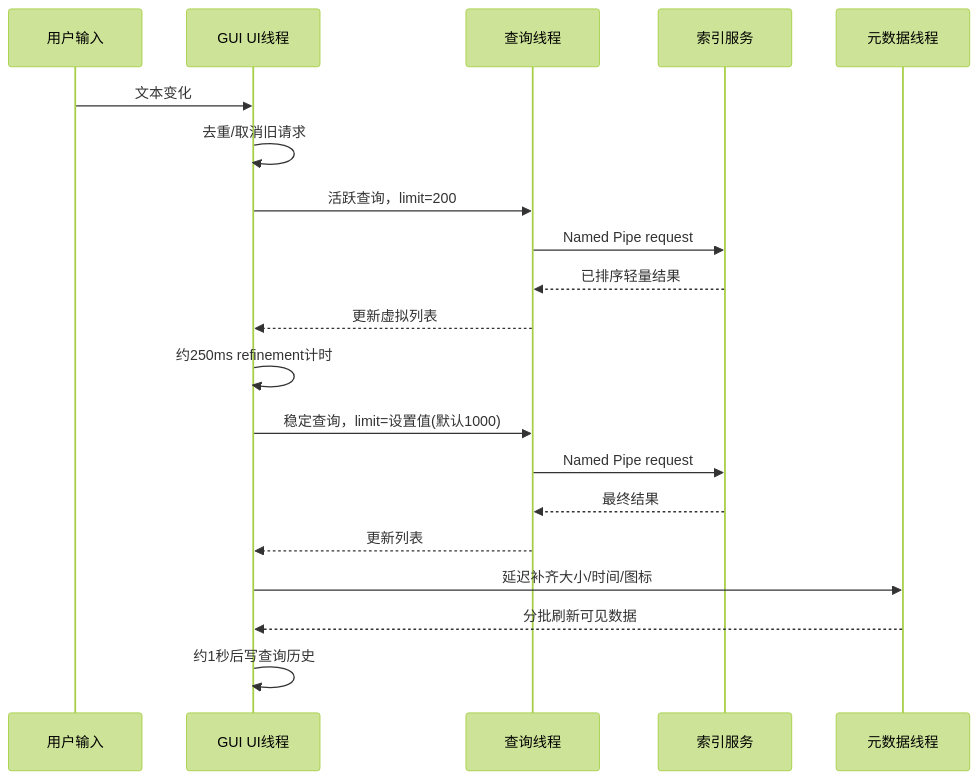
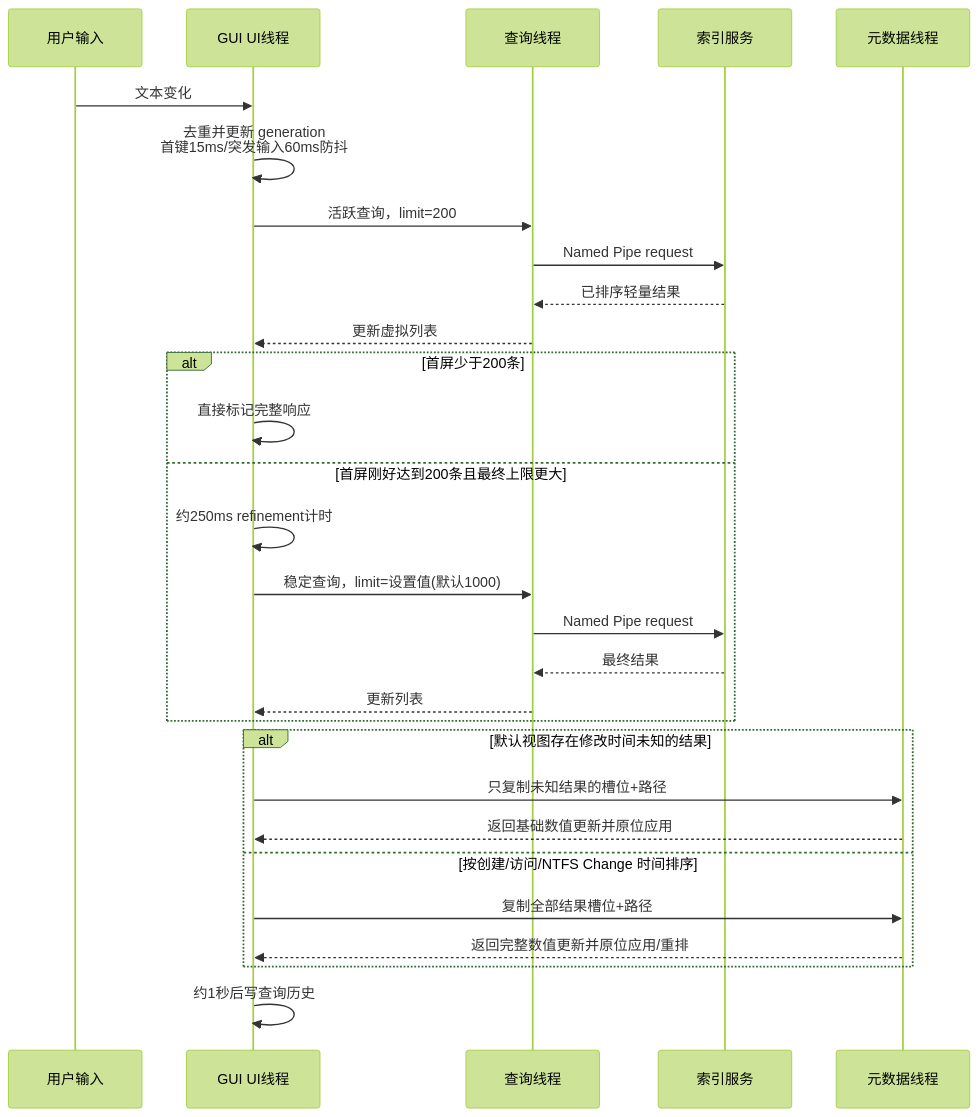
One commit to sunfengsheng/esm changed the fourth of 8 diagrams in docs/ARCHITECTURE.md. Above: the diagram before and after it, drawn with Mermaid (forest theme). The commit also changed other lines of this file and 39 other files, not shown here.

````diff
--- a/docs/ARCHITECTURE.md
+++ b/docs/ARCHITECTURE.md
@@ -229,23 +229,32 @@
 ```mermaid
 sequenceDiagram
     participant U as 用户输入
     participant G as GUI UI线程
     participant W as 查询线程
     participant S as 索引服务
     participant M as 元数据线程
 
     U->>G: 文本变化
-    G->>G: 去重/取消旧请求
+    G->>G: 去重并更新 generation<br/>首键15ms/突发输入60ms防抖
     G->>W: 活跃查询，limit=200
     W->>S: Named Pipe request
     S-->>W: 已排序轻量结果
     W-->>G: 更新虚拟列表
-    G->>G: 约250ms refinement计时
-    G->>W: 稳定查询，limit=设置值(默认1000)
-    W->>S: Named Pipe request
-    S-->>W: 最终结果
-    W-->>G: 更新列表
-    G->>M: 延迟补齐大小/时间/图标
-    M-->>G: 分批刷新可见数据
+    alt 首屏少于200条
+        G->>G: 直接标记完整响应
+    else 首屏刚好达到200条且最终上限更大
+        G->>G: 约250ms refinement计时
+        G->>W: 稳定查询，limit=设置值(默认1000)
+        W->>S: Named Pipe request
+        S-->>W: 最终结果
+        W-->>G: 更新列表
+    end
+    alt 默认视图存在修改时间未知的结果
+        G->>M: 只复制未知结果的槽位+路径
+        M-->>G: 返回基础数值更新并原位应用
+    else 按创建/访问/NTFS Change 时间排序
+        G->>M: 复制全部结果槽位+路径
+        M-->>G: 返回完整数值更新并原位应用/重排
+    end
     G->>G: 约1秒后写查询历史
 ```
````
